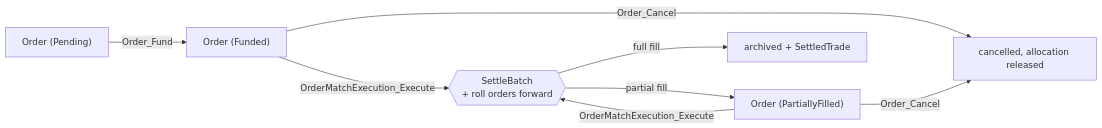
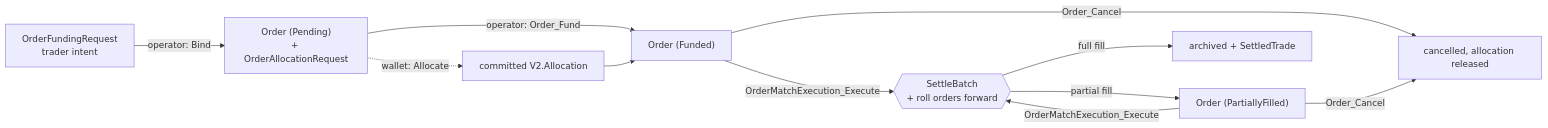
The third of 5 diagrams in docs/concepts/workflows.md (srikanth-bitdynamics/Canton-Dex-Reference-Implementation), drawn with Mermaid before and after one commit. The commit also changed other lines of this file and 132 other files, not shown here.

````diff
--- a/docs/concepts/workflows.md
+++ b/docs/concepts/workflows.md
@@ -176,10 +213,13 @@
 ```mermaid
 flowchart LR
-  P["Order (Pending)"] -->|Order_Fund| F["Order (Funded)"]
+  I["OrderFundingRequest<br/>trader intent"] -->|operator: Bind| P["Order (Pending)<br/>+ OrderAllocationRequest"]
+  P -.->|wallet: Allocate| A["committed V2.Allocation"]
+  P -->|operator: Order_Fund| F["Order (Funded)"]
+  A --> F
   F -->|OrderMatchExecution_Execute| S{{"SettleBatch<br/>+ roll orders forward"}}
   S -->|partial fill| PF["Order (PartiallyFilled)"]
   S -->|full fill| X["archived + SettledTrade"]
   PF -->|OrderMatchExecution_Execute| S
   F -->|Order_Cancel| C["cancelled, allocation released"]
   PF -->|Order_Cancel| C
 ```
````
